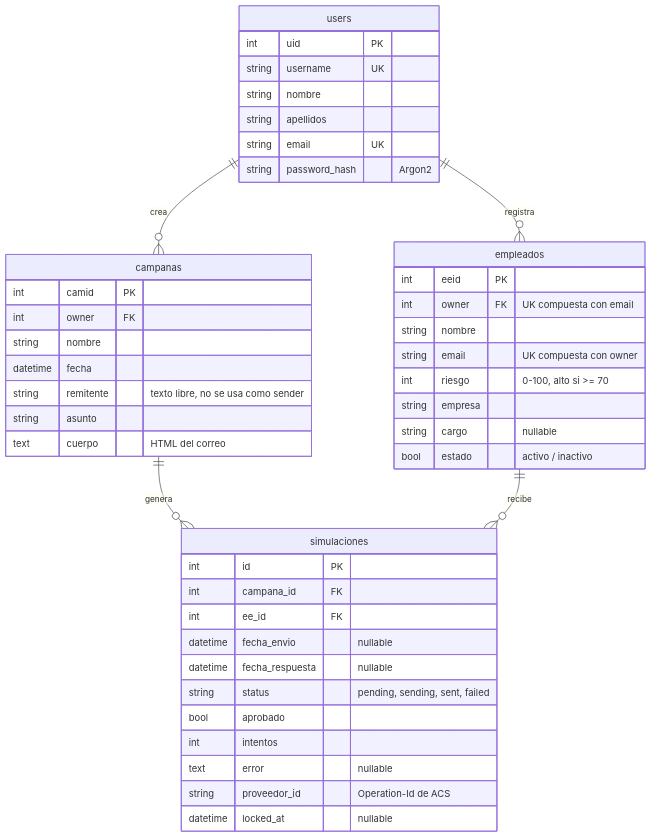
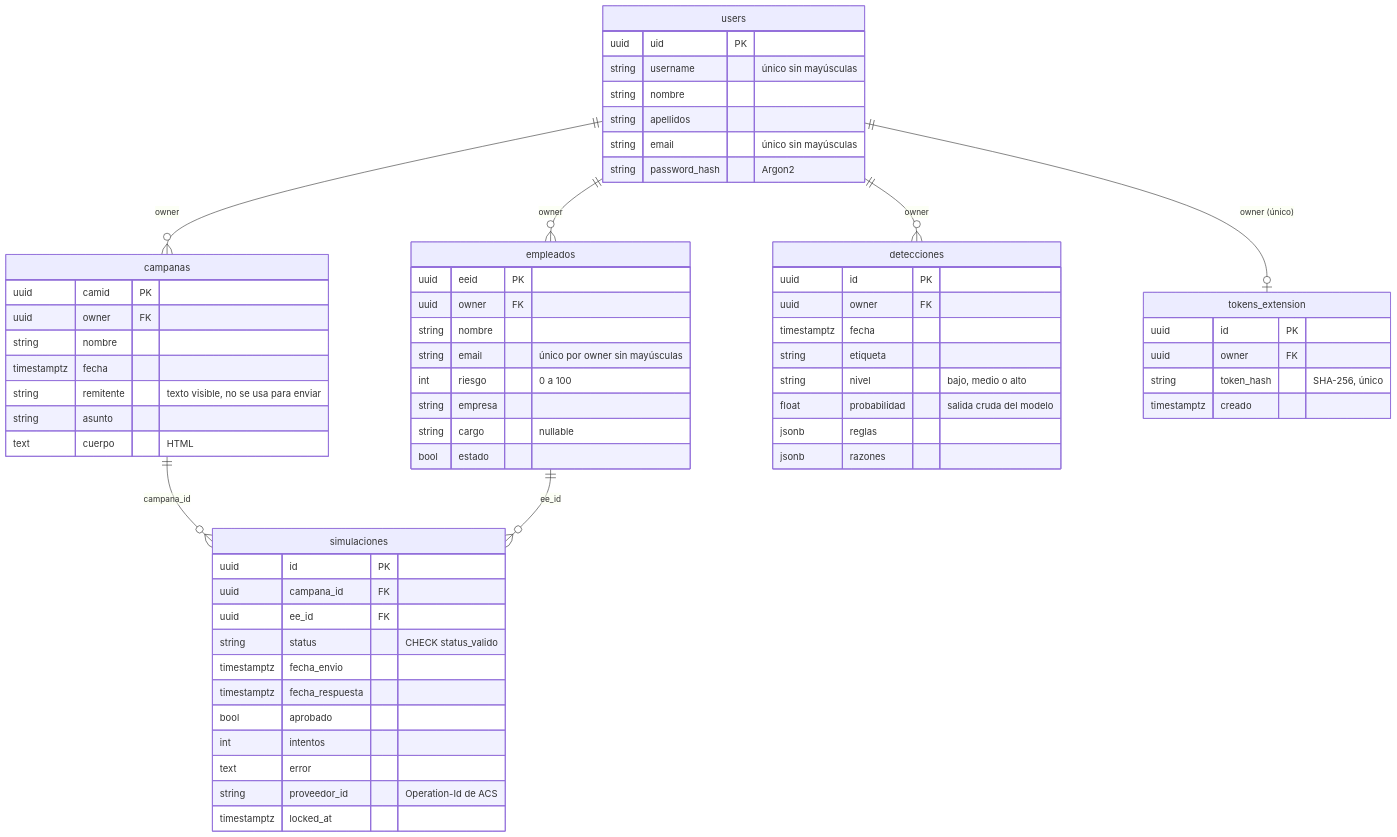
One commit to josefranco05/security-awareness-documentacion changed the second of 6 diagrams in sentinel-documentacion.md. Above: the diagram before and after it, drawn with Mermaid. The commit also changed other lines of this file, not shown here.

Commit message:
Se actualiza la documentacion tecnica para incluir las nuevas historias de usuario y explicaciones correctas para produccion.

````diff
--- a/sentinel-documentacion.md
+++ b/sentinel-documentacion.md
@@ -58,48 +58,66 @@
 ```mermaid
 erDiagram
-    users ||--o{ campanas : crea
-    users ||--o{ empleados : registra
-    campanas ||--o{ simulaciones : genera
-    empleados ||--o{ simulaciones : recibe
+    users ||--o{ campanas : "owner"
+    users ||--o{ empleados : "owner"
+    users ||--o{ detecciones : "owner"
+    users ||--o| tokens_extension : "owner (único)"
+    campanas ||--o{ simulaciones : "campana_id"
+    empleados ||--o{ simulaciones : "ee_id"
 
     users {
-        int uid PK
-        string username UK
+        uuid uid PK
+        string username "único sin mayúsculas"
         string nombre
         string apellidos
-        string email UK
+        string email "único sin mayúsculas"
         string password_hash "Argon2"
     }
     campanas {
-        int camid PK
-        int owner FK
+        uuid camid PK
+        uuid owner FK
         string nombre
-        datetime fecha
-        string remitente "texto libre, no se usa como sender"
+        timestamptz fecha
+        string remitente "texto visible, no se usa para enviar"
         string asunto
-        text cuerpo "HTML del correo"
+        text cuerpo "HTML"
     }
     empleados {
-        int eeid PK
-        int owner FK "UK compuesta con email"
+        uuid eeid PK
+        uuid owner FK
         string nombre
-        string email "UK compuesta con owner"
-        int riesgo "0-100, alto si >= 70"
+        string email "único por owner sin mayúsculas"
+        int riesgo "0 a 100"
         string empresa
         string cargo "nullable"
-        bool estado "activo / inactivo"
+        bool estado
     }
     simulaciones {
-        int id PK
-        int campana_id FK
-        int ee_id FK
-        datetime fecha_envio "nullable"
-        datetime fecha_respuesta "nullable"
-        string status "pending, sending, sent, failed"
+        uuid id PK
+        uuid campana_id FK
+        uuid ee_id FK
+        string status "CHECK status_valido"
+        timestamptz fecha_envio
+        timestamptz fecha_respuesta
         bool aprobado
         int intentos
-        text error "nullable"
+        text error
         string proveedor_id "Operation-Id de ACS"
-        datetime locked_at "nullable"
+        timestamptz locked_at
+    }
+    detecciones {
+        uuid id PK
+        uuid owner FK
+        timestamptz fecha
+        string etiqueta
+        string nivel "bajo, medio o alto"
+        float probabilidad "salida cruda del modelo"
+        jsonb reglas
+        jsonb razones
+    }
+    tokens_extension {
+        uuid id PK
+        uuid owner FK
+        string token_hash "SHA-256, único"
+        timestamptz creado
     }
 ```
````
